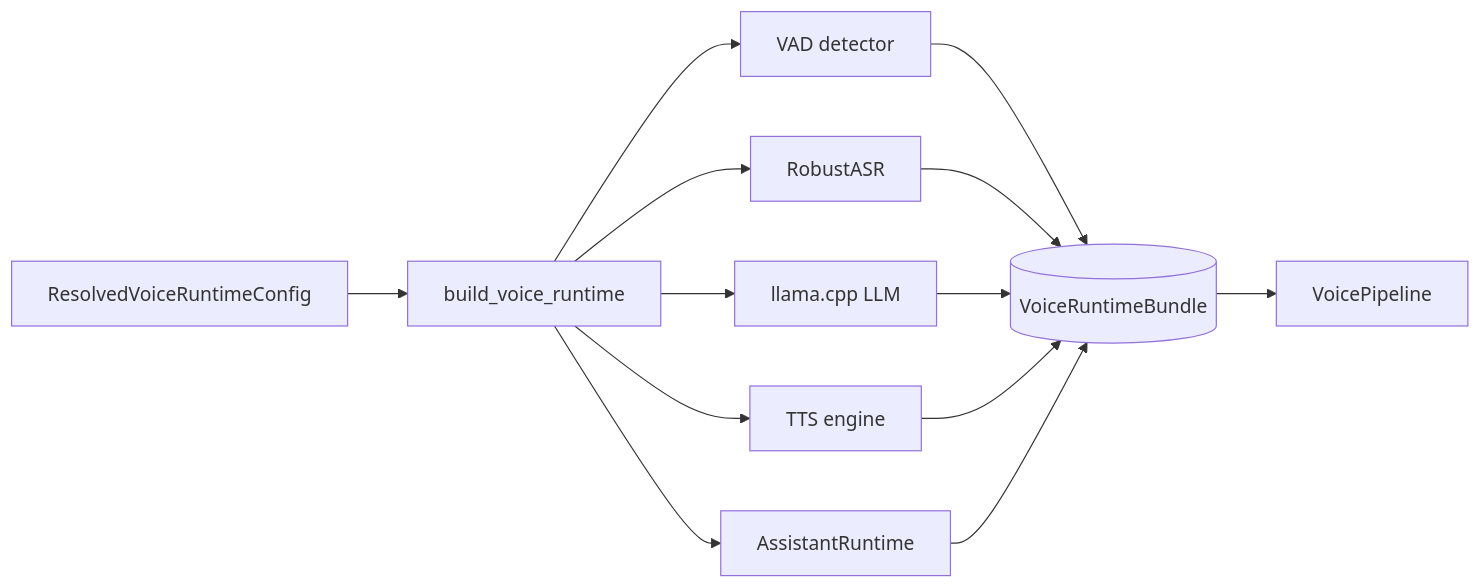
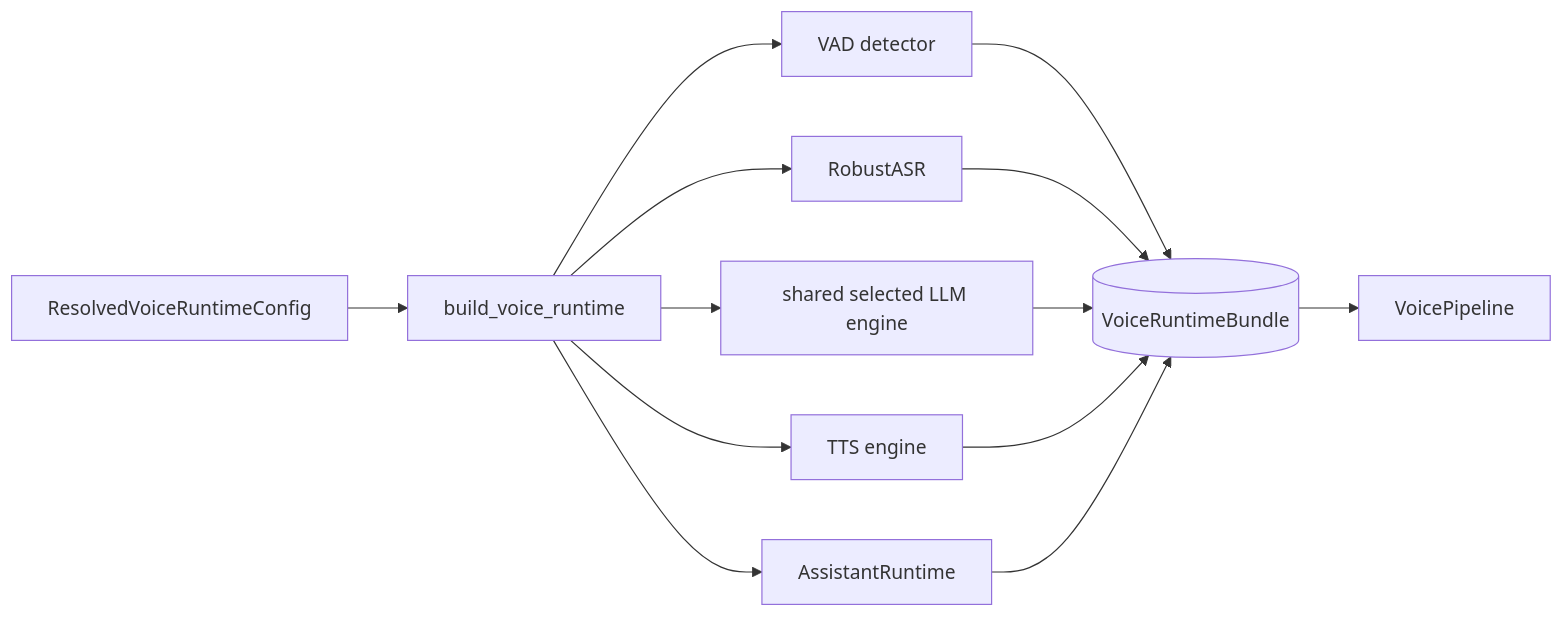
One commit to finalflash159/soca changed the fifth of 5 diagrams in docs/03-voice-pipeline.md. Above: the diagram before and after it, drawn with Mermaid. The commit also changed other lines of this file and 10 other files, not shown here.

````diff
--- a/docs/03-voice-pipeline.md
+++ b/docs/03-voice-pipeline.md
@@ -129,11 +134,11 @@
 ```mermaid
 flowchart LR
     cfg[ResolvedVoiceRuntimeConfig] --> BVR[build_voice_runtime]
     BVR --> det[VAD detector]
     BVR --> asr[RobustASR]
-    BVR --> llm[llama.cpp LLM]
+    BVR --> llm[shared selected LLM engine]
     BVR --> tts[TTS engine]
     BVR --> ar[AssistantRuntime]
     det & asr & llm & tts & ar --> bundle[(VoiceRuntimeBundle)]
     bundle --> VP[VoicePipeline]
 ```
````
